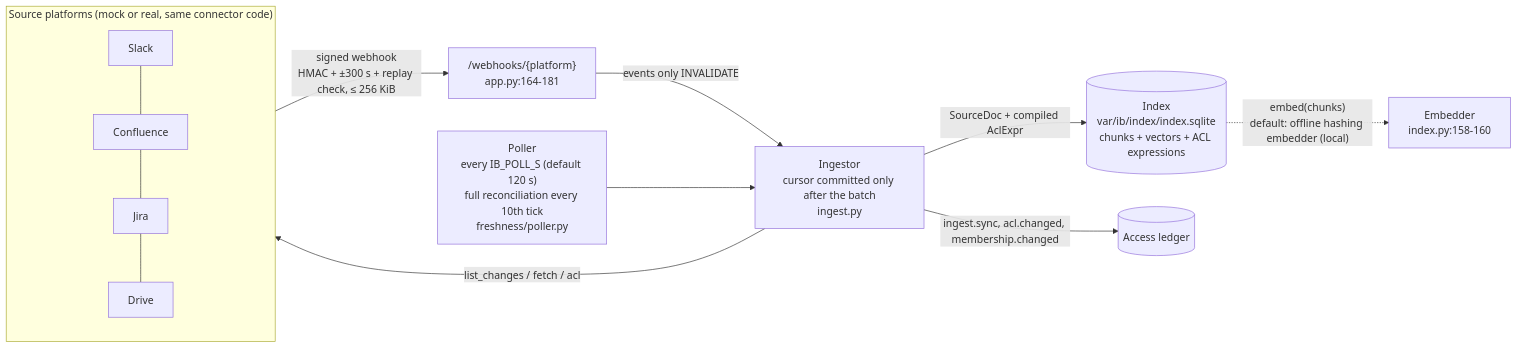
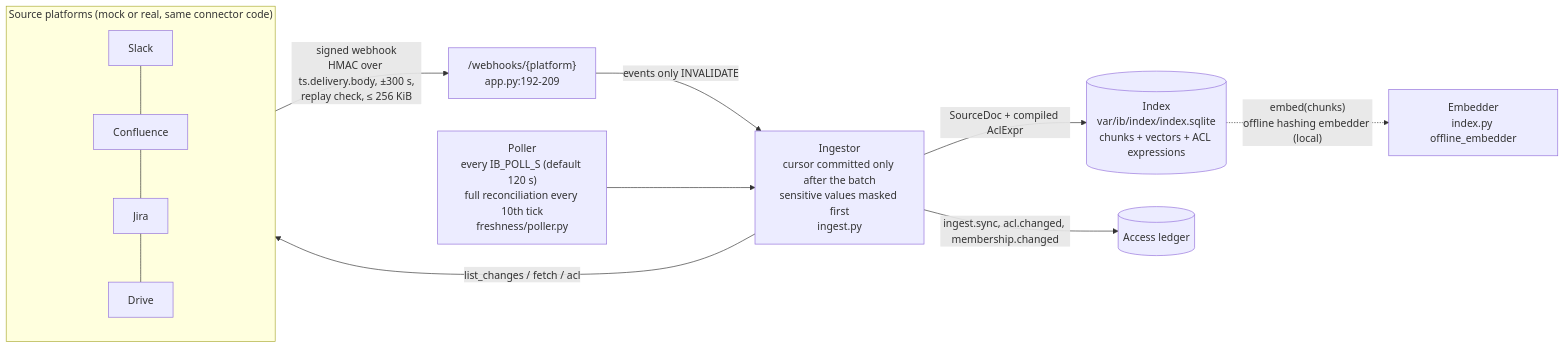
Before and after one commit to IshaanSirbhaiya/Tencent: the second of 2 diagrams in docs/tencent/ARCHITECTURE.md, drawn with Mermaid. The commit also changed other lines of this file and 21 other files, not shown here.

````diff
--- a/docs/tencent/ARCHITECTURE.md
+++ b/docs/tencent/ARCHITECTURE.md
@@ -68,13 +123,13 @@
 ```mermaid
 flowchart LR
     subgraph Sources["Source platforms (mock or real, same connector code)"]
       S1[Slack] --- S2[Confluence] --- S3[Jira] --- S4[Drive]
     end
-    Sources -- "signed webhook<br/>HMAC + ±300 s + replay check, ≤ 256 KiB" --> WH["/webhooks/{platform}<br/>app.py:164-181"]
+    Sources -- "signed webhook<br/>HMAC over ts.delivery.body, ±300 s,<br/>replay check, ≤ 256 KiB" --> WH["/webhooks/{platform}<br/>app.py:192-209"]
     WH -- "events only INVALIDATE" --> ING
     POLL["Poller<br/>every IB_POLL_S (default 120 s)<br/>full reconciliation every 10th tick<br/>freshness/poller.py"] --> ING
-    ING["Ingestor<br/>cursor committed only after the batch<br/>ingest.py"] -- "list_changes / fetch / acl" --> Sources
+    ING["Ingestor<br/>cursor committed only after the batch<br/>sensitive values masked first<br/>ingest.py"] -- "list_changes / fetch / acl" --> Sources
     ING -- "SourceDoc + compiled AclExpr" --> IDX[("Index<br/>var/ib/index/index.sqlite<br/>chunks + vectors + ACL expressions")]
     ING -- "ingest.sync, acl.changed, membership.changed" --> LED[("Access ledger")]
-    IDX -. "embed(chunks)<br/>default: offline hashing embedder (local)" .-> EMB["Embedder<br/>index.py:158-160"]
+    IDX -. "embed(chunks)<br/>offline hashing embedder (local)" .-> EMB["Embedder<br/>index.py offline_embedder"]
 ```
````
